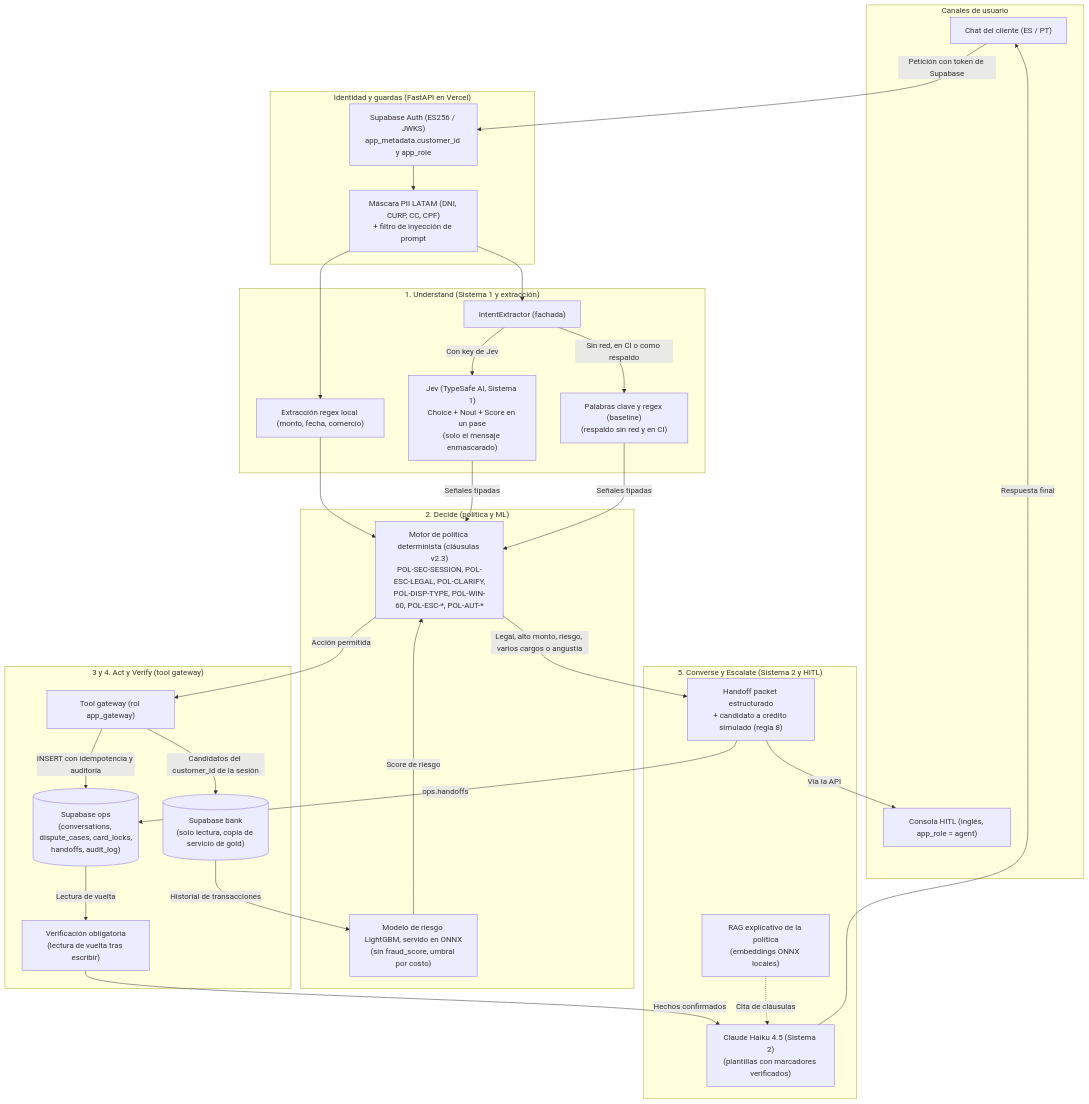
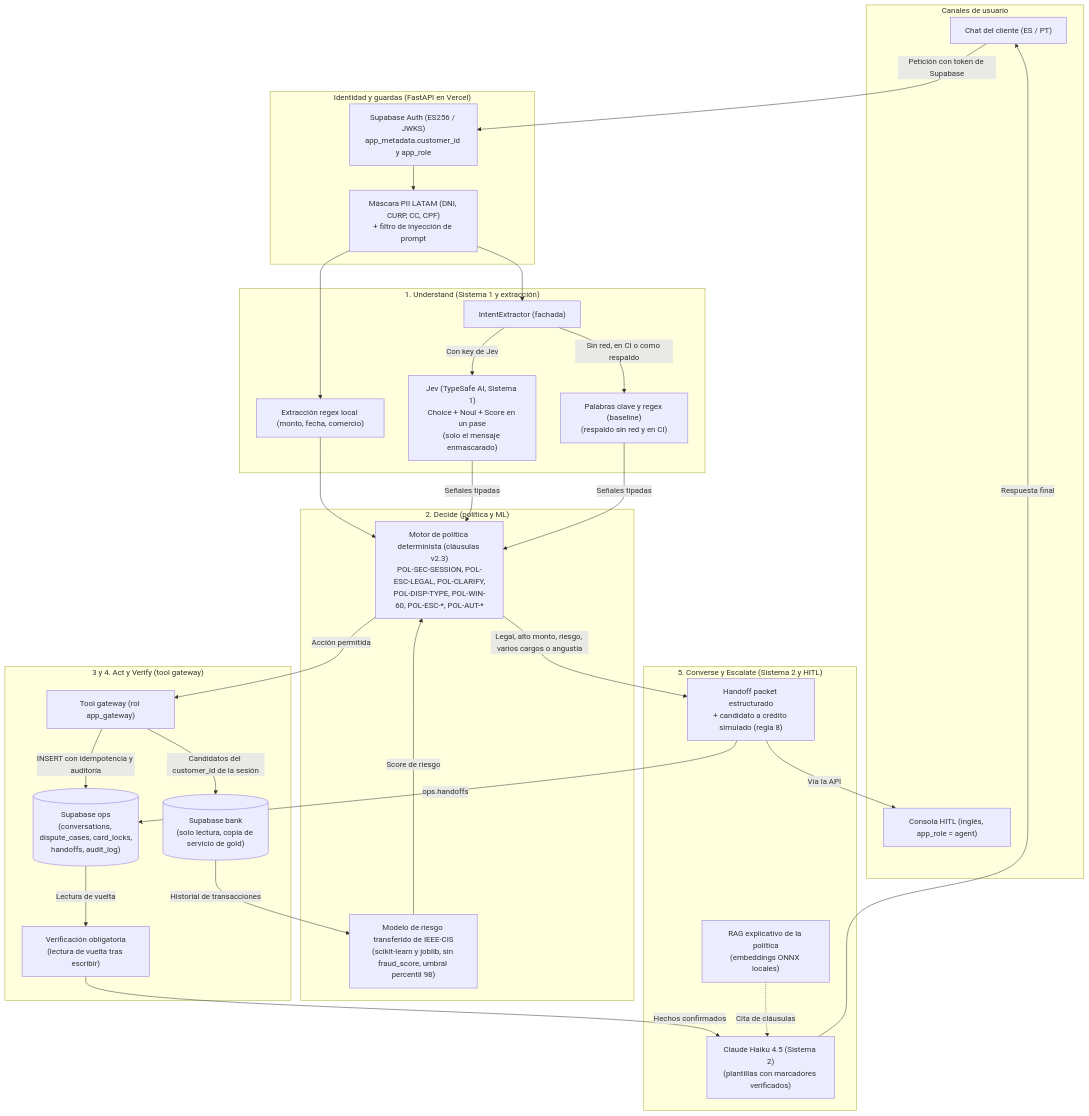
Before and after one commit to Chackmilo/factored-hackathon-2026-alterego: the first of 2 diagrams in docs/PLAN.md, drawn with Mermaid. The commit also changed other lines of this file and 5 other files, not shown here.

First line of the commit message:
docs: the risk threshold is a percentile, the model is scikit-learn, and the bank label has no signal

````diff
--- a/docs/PLAN.md
+++ b/docs/PLAN.md
@@ -44,63 +44,63 @@
 ```mermaid
 flowchart TD
     subgraph Client["Canales de usuario"]
         UserChat["Chat del cliente (ES / PT)"]
         AgentConsole["Consola HITL (inglés, app_role = agent)"]
     end
 
     subgraph Edge["Identidad y guardas (FastAPI en Vercel)"]
         AuthGuard["Supabase Auth (ES256 / JWKS)<br/>app_metadata.customer_id y app_role"]
         PIIMasker["Máscara PII LATAM (DNI, CURP, CC, CPF)<br/>+ filtro de inyección de prompt"]
     end
 
     subgraph Stage1["1. Understand (Sistema 1 y extracción)"]
         RegexExtractor["Extracción regex local (monto, fecha, comercio)"]
         IntentFacade["IntentExtractor (fachada)"]
         JevEngine["Jev (TypeSafe AI, Sistema 1)<br/>Choice + Noul + Score en un pase<br/>(solo el mensaje enmascarado)"]
         BaselineEngine["Palabras clave y regex (baseline)<br/>(respaldo sin red y en CI)"]
     end
 
     subgraph Stage2["2. Decide (política y ML)"]
         PolicyEngine["Motor de política determinista (cláusulas v2.3)<br/>POL-SEC-SESSION, POL-ESC-LEGAL, POL-CLARIFY,<br/>POL-DISP-TYPE, POL-WIN-60, POL-ESC-*, POL-AUT-*"]
-        MLRisk["Modelo de riesgo LightGBM, servido en ONNX<br/>(sin fraud_score, umbral por costo)"]
+        MLRisk["Modelo de riesgo transferido de IEEE-CIS<br/>(scikit-learn y joblib, sin fraud_score, umbral percentil 98)"]
     end
 
     subgraph Stage3_4["3 y 4. Act y Verify (tool gateway)"]
         ToolGateway["Tool gateway (rol app_gateway)"]
         SupabaseBank[("Supabase bank<br/>(solo lectura, copia de servicio de gold)")]
         SupabaseOps[("Supabase ops<br/>(conversations, dispute_cases, card_locks,<br/>handoffs, audit_log)")]
         VerifyStep["Verificación obligatoria<br/>(lectura de vuelta tras escribir)"]
     end
 
     subgraph Stage5["5. Converse y Escalate (Sistema 2 y HITL)"]
         ClaudeGen["Claude Haiku 4.5 (Sistema 2)<br/>(plantillas con marcadores verificados)"]
         RAGExplainer["RAG explicativo de la política<br/>(embeddings ONNX locales)"]
         HandoffGen["Handoff packet estructurado<br/>+ candidato a crédito simulado (regla 8)"]
     end
 
     %% Flujos de interacción
     UserChat -->|Petición con token de Supabase| AuthGuard
     AuthGuard --> PIIMasker
     PIIMasker --> RegexExtractor
     PIIMasker --> IntentFacade
     IntentFacade -->|Con key de Jev| JevEngine
     IntentFacade -->|Sin red, en CI o como respaldo| BaselineEngine
 
     RegexExtractor --> PolicyEngine
     JevEngine -->|Señales tipadas| PolicyEngine
     BaselineEngine -->|Señales tipadas| PolicyEngine
     ToolGateway -->|Candidatos del customer_id de la sesión| SupabaseBank
     SupabaseBank -->|Historial de transacciones| MLRisk
     MLRisk -->|Score de riesgo| PolicyEngine
 
     PolicyEngine -->|Acción permitida| ToolGateway
     ToolGateway -->|INSERT con idempotencia y auditoría| SupabaseOps
     SupabaseOps -->|Lectura de vuelta| VerifyStep
     VerifyStep -->|Hechos confirmados| ClaudeGen
     ClaudeGen -->|Respuesta final| UserChat
     RAGExplainer -.->|Cita de cláusulas| ClaudeGen
 
     PolicyEngine -->|Legal, alto monto, riesgo, varios cargos o angustia| HandoffGen
     HandoffGen -->|ops.handoffs| SupabaseOps
     HandoffGen -->|Vía la API| AgentConsole
 ```
````
